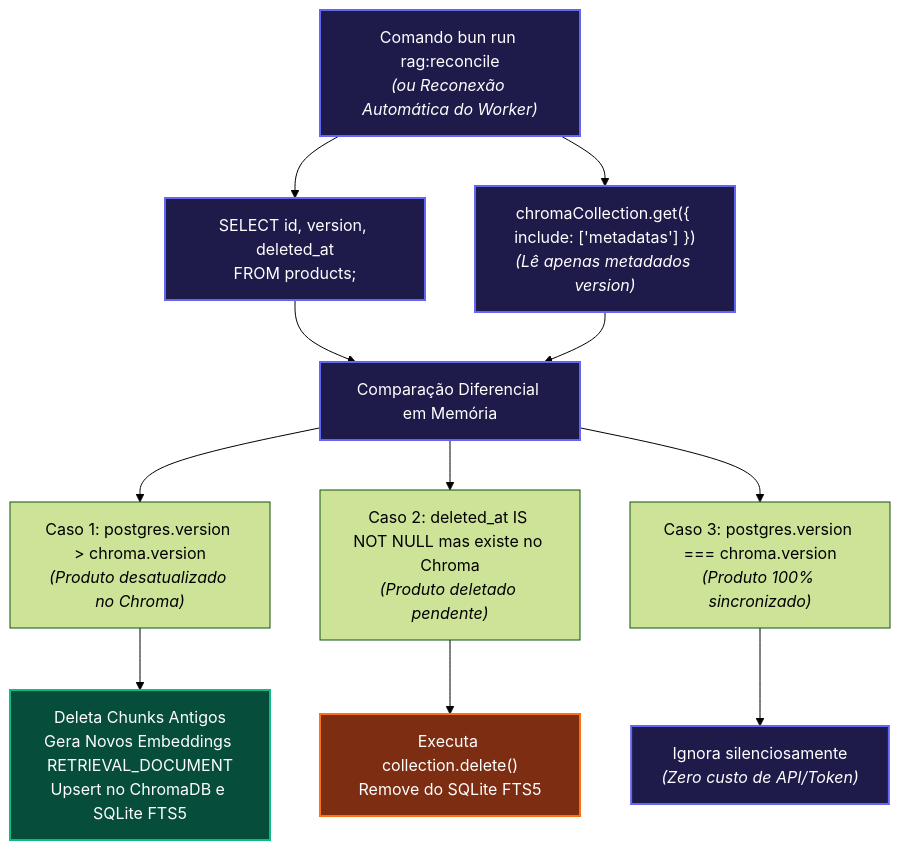
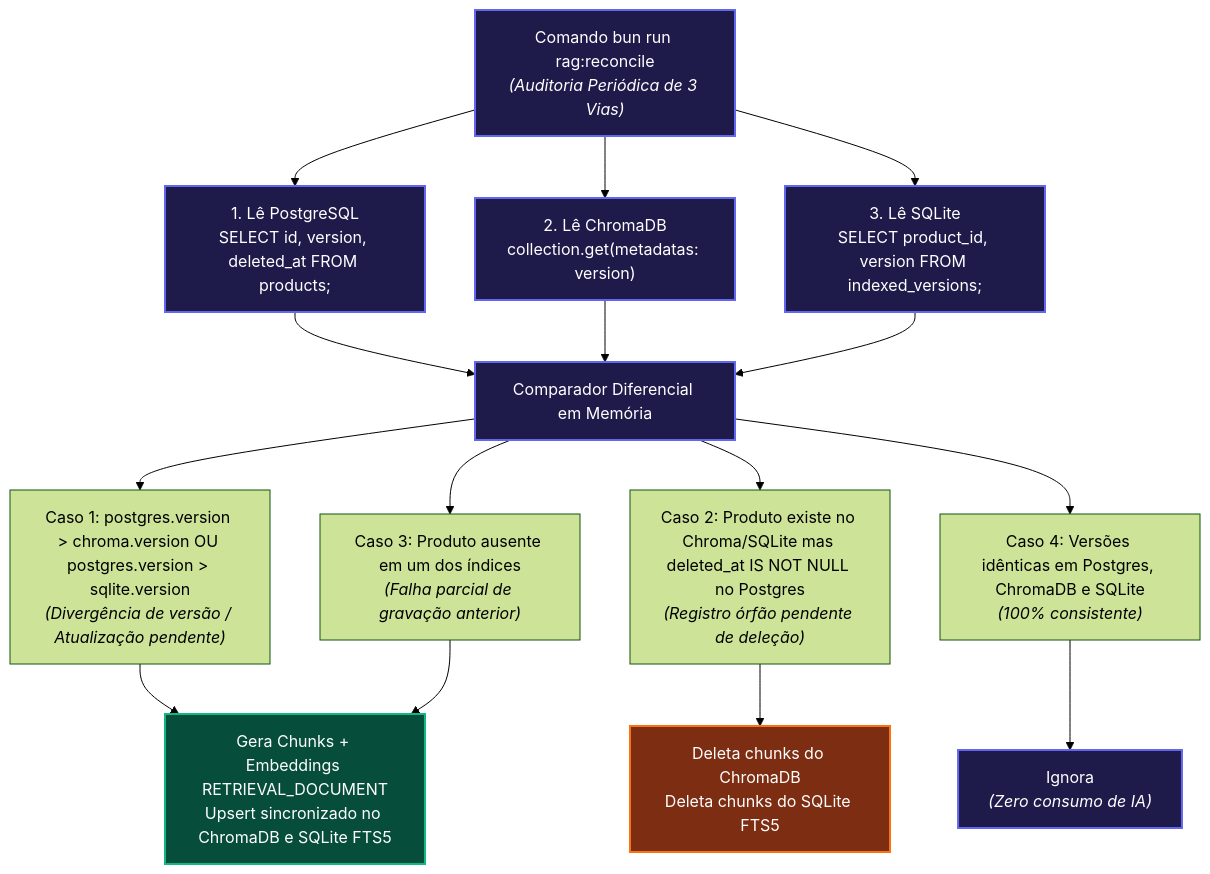
One commit to JoaoPrestes/origem-vinhos changed the fourth of 4 diagrams in docs/specs/spec09-Chatbot_RAG.md. Above: the diagram before and after it, drawn with Mermaid (forest theme). The commit also changed other lines of this file, not shown here.

````diff
--- a/docs/specs/spec09-Chatbot_RAG.md
+++ b/docs/specs/spec09-Chatbot_RAG.md
@@ -741,35 +782,35 @@
 ```mermaid
 flowchart TD
-    START["Comando bun run rag:reconcile<br><i>(ou Reconexão Automática do Worker)</i>"]
-    FETCH_PG["SELECT id, version, deleted_at<br>FROM products;"]
-    FETCH_CHROMA["chromaCollection.get({ include: ['metadatas'] })<br><i>(Lê apenas metadados version)</i>"]
-    DIFF["Comparação Diferencial em Memória"]
+    START["Comando bun run rag:reconcile<br><i>(Auditoria Periódica de 3 Vias)</i>"]
+    FETCH_PG["1. Lê PostgreSQL<br>SELECT id, version, deleted_at FROM products;"]
+    FETCH_CHROMA["2. Lê ChromaDB<br>collection.get(metadatas: version)"]
+    FETCH_SQLITE["3. Lê SQLite<br>SELECT product_id, version FROM indexed_versions;"]
     
-    C1["Caso 1: postgres.version > chroma.version<br><i>(Produto desatualizado no Chroma)</i>"]
-    C2["Caso 2: deleted_at IS NOT NULL mas existe no Chroma<br><i>(Produto deletado pendente)</i>"]
-    C3["Caso 3: postgres.version === chroma.version<br><i>(Produto 100% sincronizado)</i>"]
+    COMPARE["Comparador Diferencial em Memória"]
+    
+    D1["Caso 1: postgres.version > chroma.version OU postgres.version > sqlite.version<br><i>(Divergência de versão / Atualização pendente)</i>"]
+    D2["Caso 2: Produto existe no Chroma/SQLite mas deleted_at IS NOT NULL no Postgres<br><i>(Registro órfão pendente de deleção)</i>"]
+    D3["Caso 3: Produto ausente em um dos índices<br><i>(Falha parcial de gravação anterior)</i>"]
+    D4["Caso 4: Versões idênticas em Postgres, ChromaDB e SQLite<br><i>(100% consistente)</i>"]
 
-    UP["Deleta Chunks Antigos<br>Gera Novos Embeddings RETRIEVAL_DOCUMENT<br>Upsert no ChromaDB e SQLite FTS5"]
-    DEL["Executa collection.delete()<br>Remove do SQLite FTS5"]
-    SKIP["Ignora silenciosamente<br><i>(Zero custo de API/Token)</i>"]
+    SYNC["Gera Chunks + Embeddings RETRIEVAL_DOCUMENT<br>Upsert sincronizado no ChromaDB e SQLite FTS5"]
+    CLEAN["Deleta chunks do ChromaDB<br>Deleta chunks do SQLite FTS5"]
+    OK["Ignora<br><i>(Zero consumo de IA)</i>"]
 
-    START --> FETCH_PG
-    START --> FETCH_CHROMA
-    FETCH_PG --> DIFF
-    FETCH_CHROMA --> DIFF
-    DIFF --> C1
-    DIFF --> C2
-    DIFF --> C3
-    C1 --> UP
-    C2 --> DEL
-    C3 --> SKIP
+    START --> FETCH_PG & FETCH_CHROMA & FETCH_SQLITE
+    FETCH_PG & FETCH_CHROMA & FETCH_SQLITE --> COMPARE
+    COMPARE --> D1 & D2 & D3 & D4
+    D1 --> SYNC
+    D3 --> SYNC
+    D2 --> CLEAN
+    D4 --> OK
 
     classDef proc fill:#1e1b4b,stroke:#6366f1,stroke-width:2px,color:#ffffff;
-    classDef action fill:#064e3b,stroke:#10b981,stroke-width:2px,color:#ffffff;
-    classDef warn fill:#7c2d12,stroke:#f97316,stroke-width:2px,color:#ffffff;
+    classDef sync fill:#064e3b,stroke:#10b981,stroke-width:2px,color:#ffffff;
+    classDef clean fill:#7c2d12,stroke:#f97316,stroke-width:2px,color:#ffffff;
 
-    class START,FETCH_PG,FETCH_CHROMA,DIFF proc;
-    class UP action;
-    class DEL warn;
-    class SKIP proc;
+    class START,FETCH_PG,FETCH_CHROMA,FETCH_SQLITE,COMPARE proc;
+    class SYNC sync;
+    class CLEAN clean;
+    class OK proc;
 ```
````
